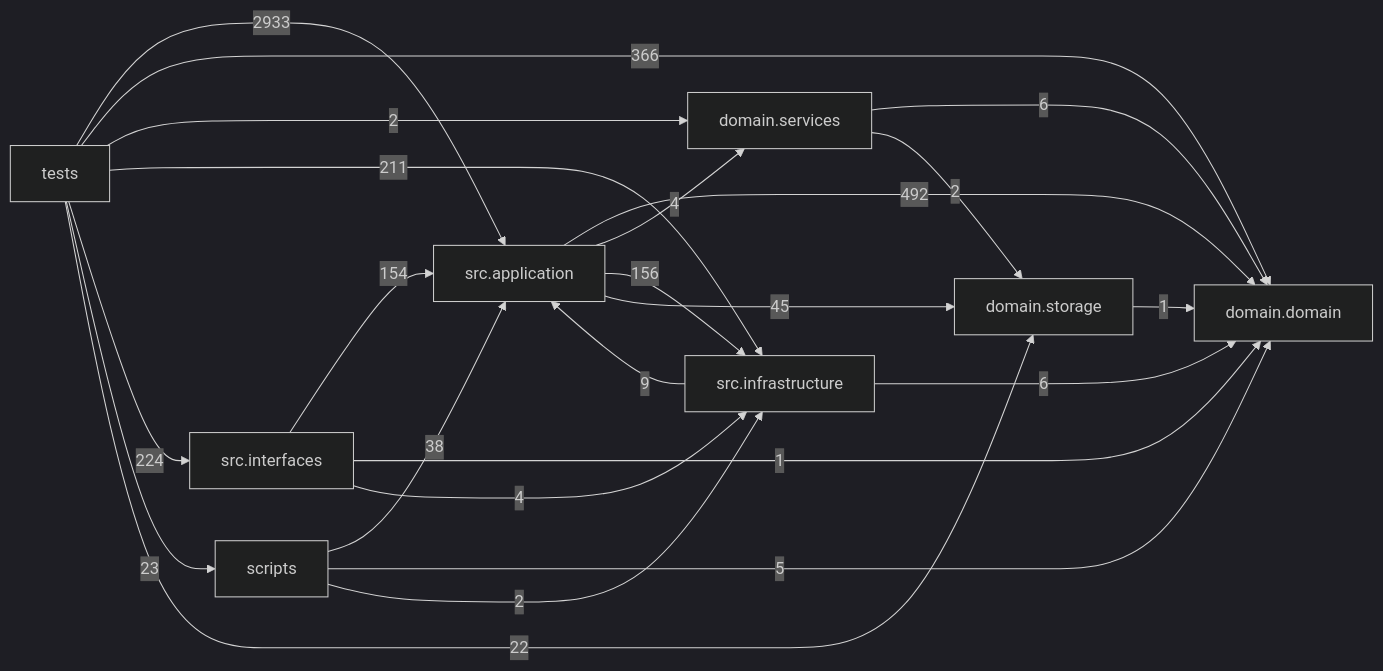
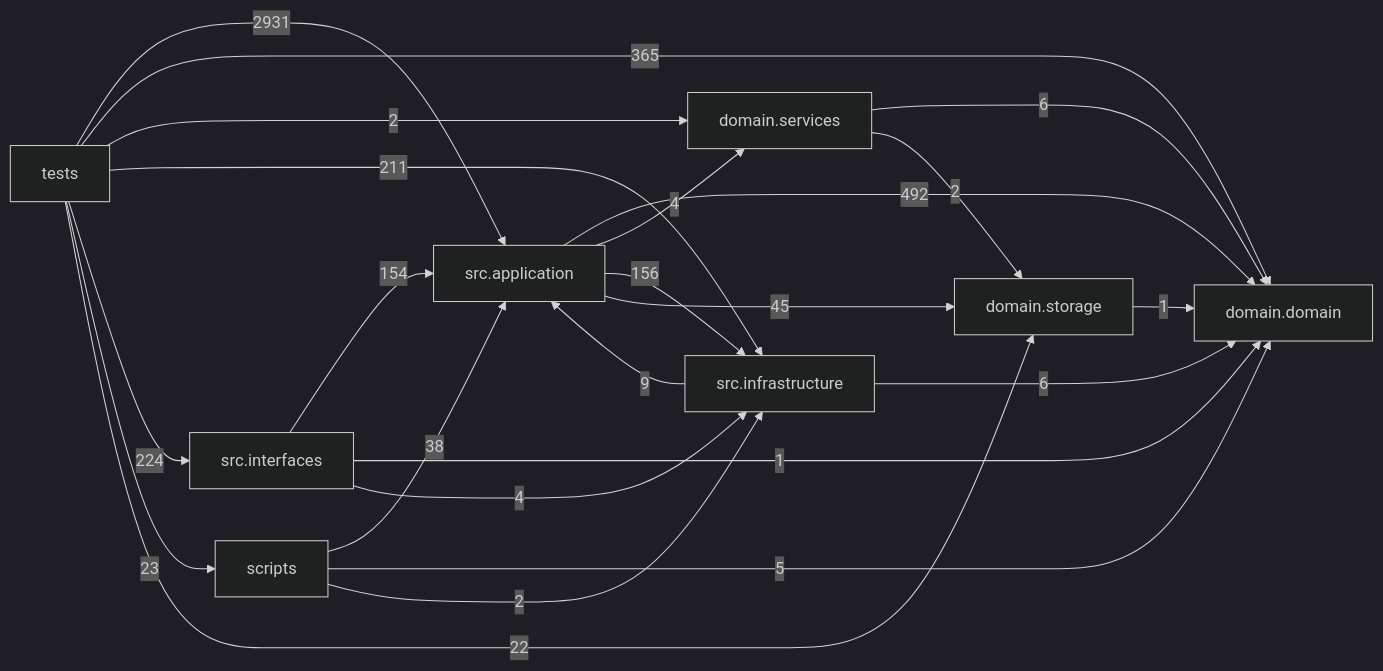
The diagram in docs/DEPENDENCY_GRAPH.md (liuxie066/options-monitor), drawn with Mermaid (dark theme) before and after one commit. The commit also changed other lines of this file, not shown here.

Commit message:
docs(graph): regenerate after the closing consolidation waves

````diff
--- a/docs/DEPENDENCY_GRAPH.md
+++ b/docs/DEPENDENCY_GRAPH.md
@@ -24,33 +24,33 @@
 ```mermaid
 flowchart LR
   tests["tests"]
   scripts["scripts"]
   interfaces["src.interfaces"]
   application["src.application"]
   infrastructure["src.infrastructure"]
   domain_services["domain.services"]
   domain["domain.domain"]
   storage["domain.storage"]
   application -->|492| domain
   application -->|4| domain_services
   application -->|156| infrastructure
   application -->|45| storage
   domain_services -->|6| domain
   domain_services -->|2| storage
   infrastructure -->|9| application
   infrastructure -->|6| domain
   interfaces -->|154| application
   interfaces -->|1| domain
   interfaces -->|4| infrastructure
   scripts -->|38| application
   scripts -->|5| domain
   scripts -->|2| infrastructure
   storage -->|1| domain
-  tests -->|2933| application
-  tests -->|366| domain
+  tests -->|2931| application
+  tests -->|365| domain
   tests -->|2| domain_services
   tests -->|211| infrastructure
   tests -->|224| interfaces
   tests -->|23| scripts
   tests -->|22| storage
 ```
````
